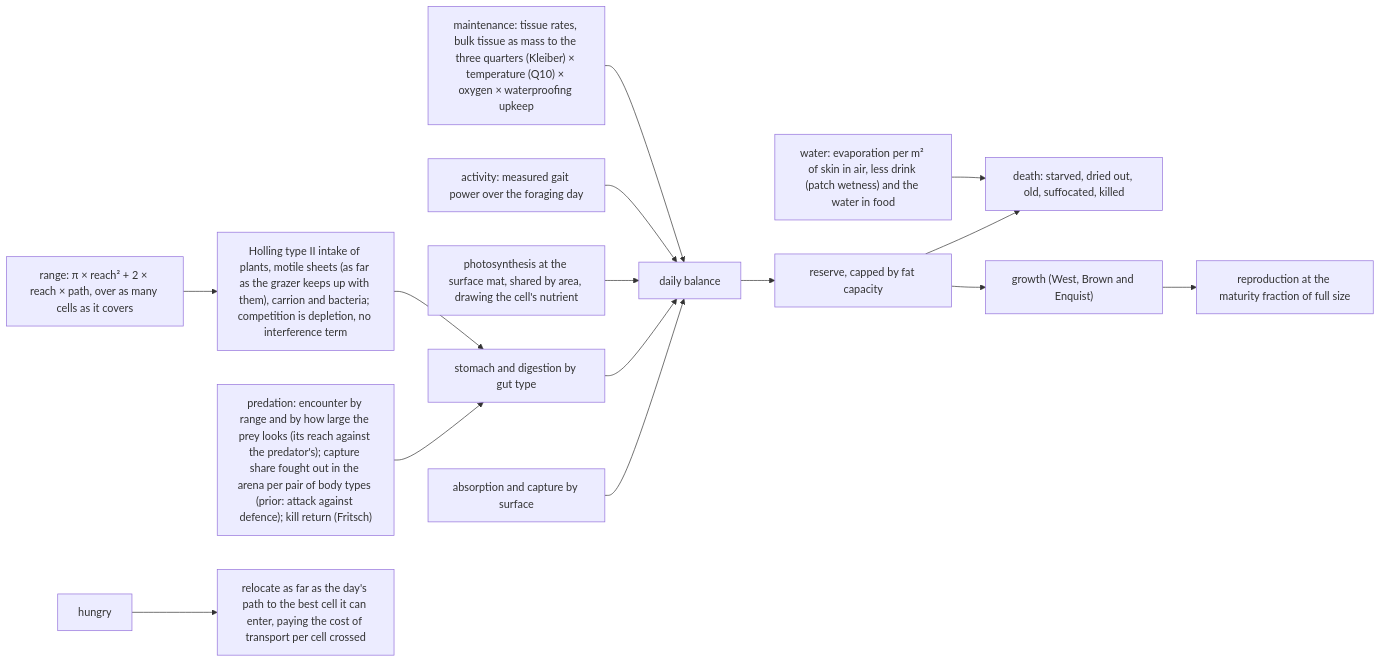
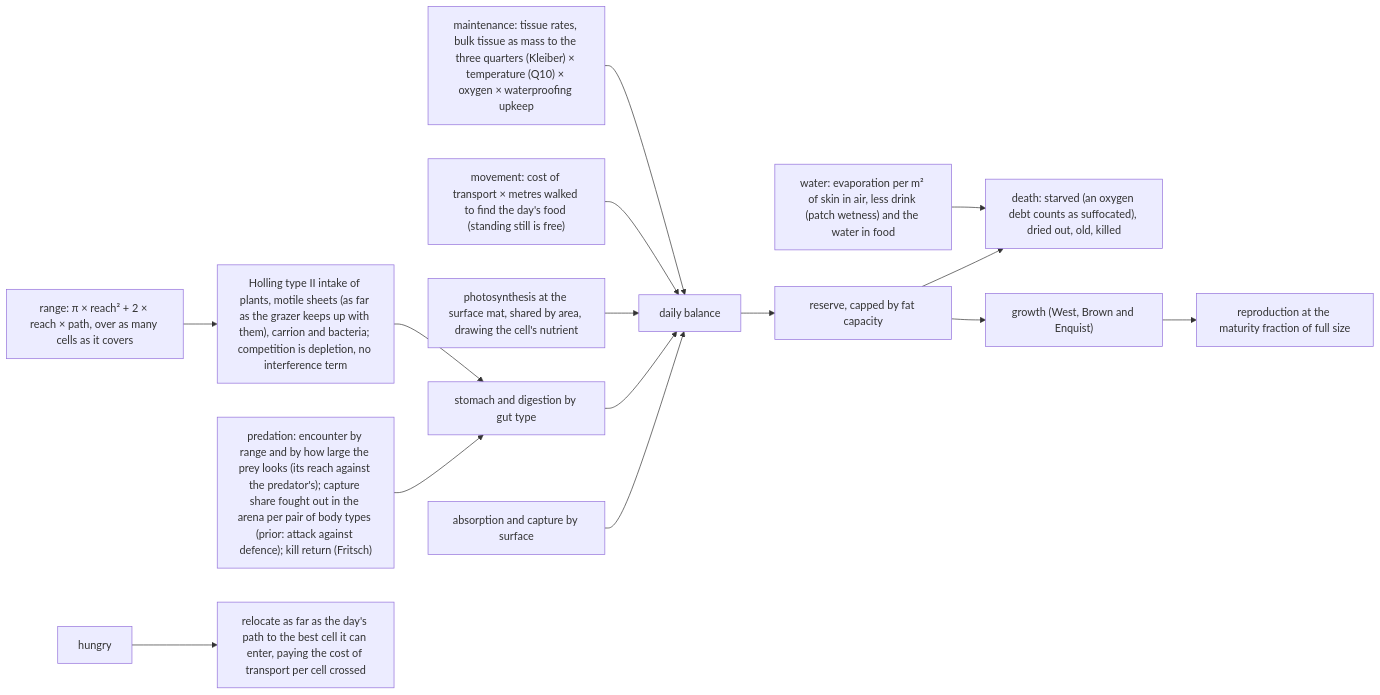
Before and after one commit to Tubbles/evo-planet: the fourth of 5 diagrams in docs/SPEC.md, drawn with Mermaid. The commit also changed 1 other file, not shown here.

Commit message:
Equations page, Markdown and spec updated for the energetics fixes
Claude-Session: https://claude.ai/code/session_01GLWuSyDJjWnuLtzNqxeWCD

````diff
--- a/docs/SPEC.md
+++ b/docs/SPEC.md
@@ -453,17 +453,17 @@
 ```mermaid
 flowchart LR
   MB["maintenance: tissue rates, bulk tissue as mass to the three quarters (Kleiber) × temperature (Q10) × oxygen × waterproofing upkeep"] --> DL[daily balance]
-  AC["activity: measured gait power over the foraging day"] --> DL
+  AC["movement: cost of transport × metres walked to find the day's food (standing still is free)"] --> DL
   WB["water: evaporation per m² of skin in air, less drink (patch wetness) and the water in food"] --> DT
   PH["photosynthesis at the surface mat, shared by area, drawing the cell's nutrient"] --> DL
   RG["range: π × reach² + 2 × reach × path, over as many cells as it covers"] --> FR["Holling type II intake of plants, motile sheets (as far as the grazer keeps up with them), carrion and bacteria; competition is depletion, no interference term"]
   FR --> GT["stomach and digestion by gut type"]
   GT --> DL
   OS["absorption and capture by surface"] --> DL
   PR["predation: encounter by range and by how large the prey looks (its reach against the predator's); capture share fought out in the arena per pair of body types (prior: attack against defence); kill return (Fritsch)"] --> GT
   DL --> RV["reserve, capped by fat capacity"]
   RV --> GW["growth (West, Brown and Enquist)"]
   GW --> RP["reproduction at the maturity fraction of full size"]
-  RV --> DT["death: starved, dried out, old, suffocated, killed"]
+  RV --> DT["death: starved (an oxygen debt counts as suffocated), dried out, old, killed"]
   HG[hungry] --> MV["relocate as far as the day's path to the best cell it can enter, paying the cost of transport per cell crossed"]
 ```
````
